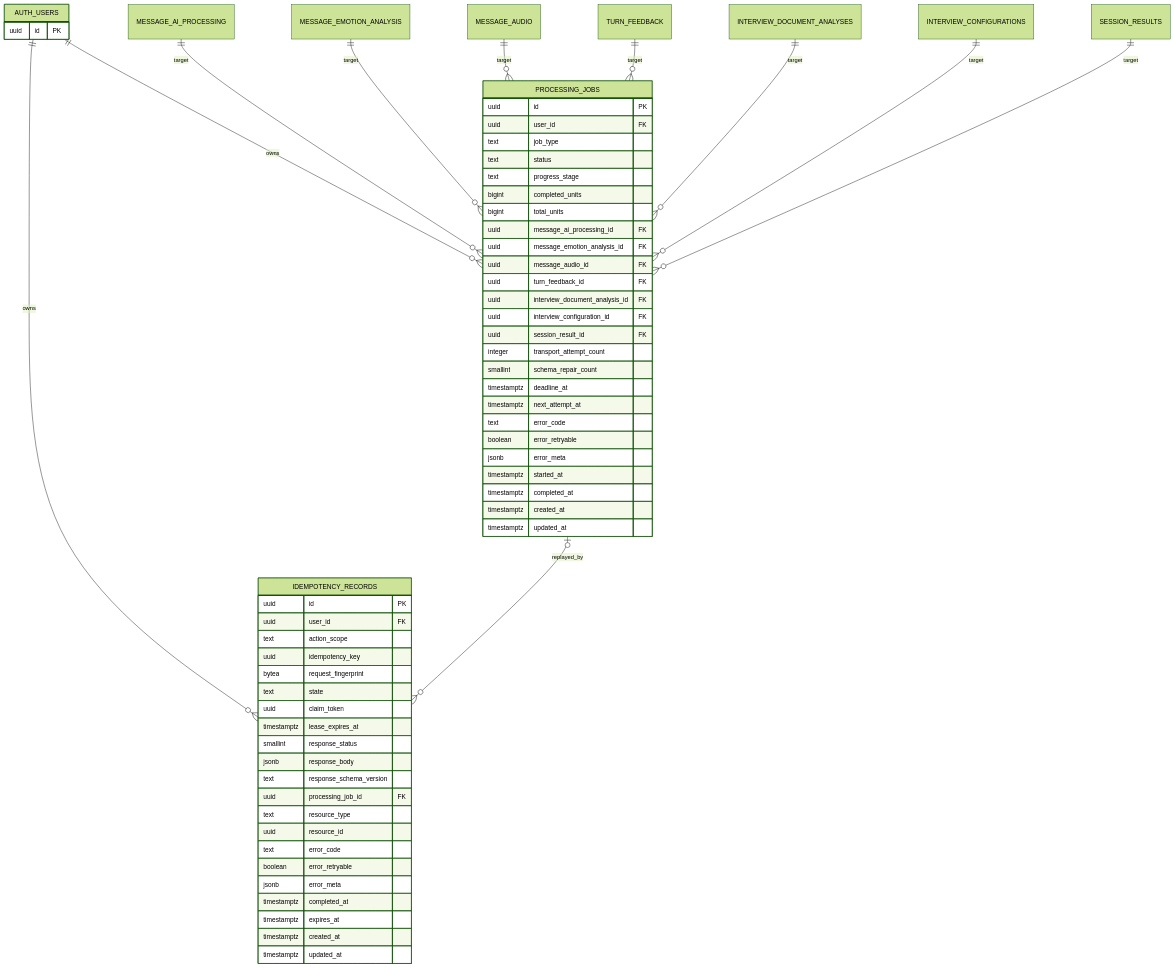
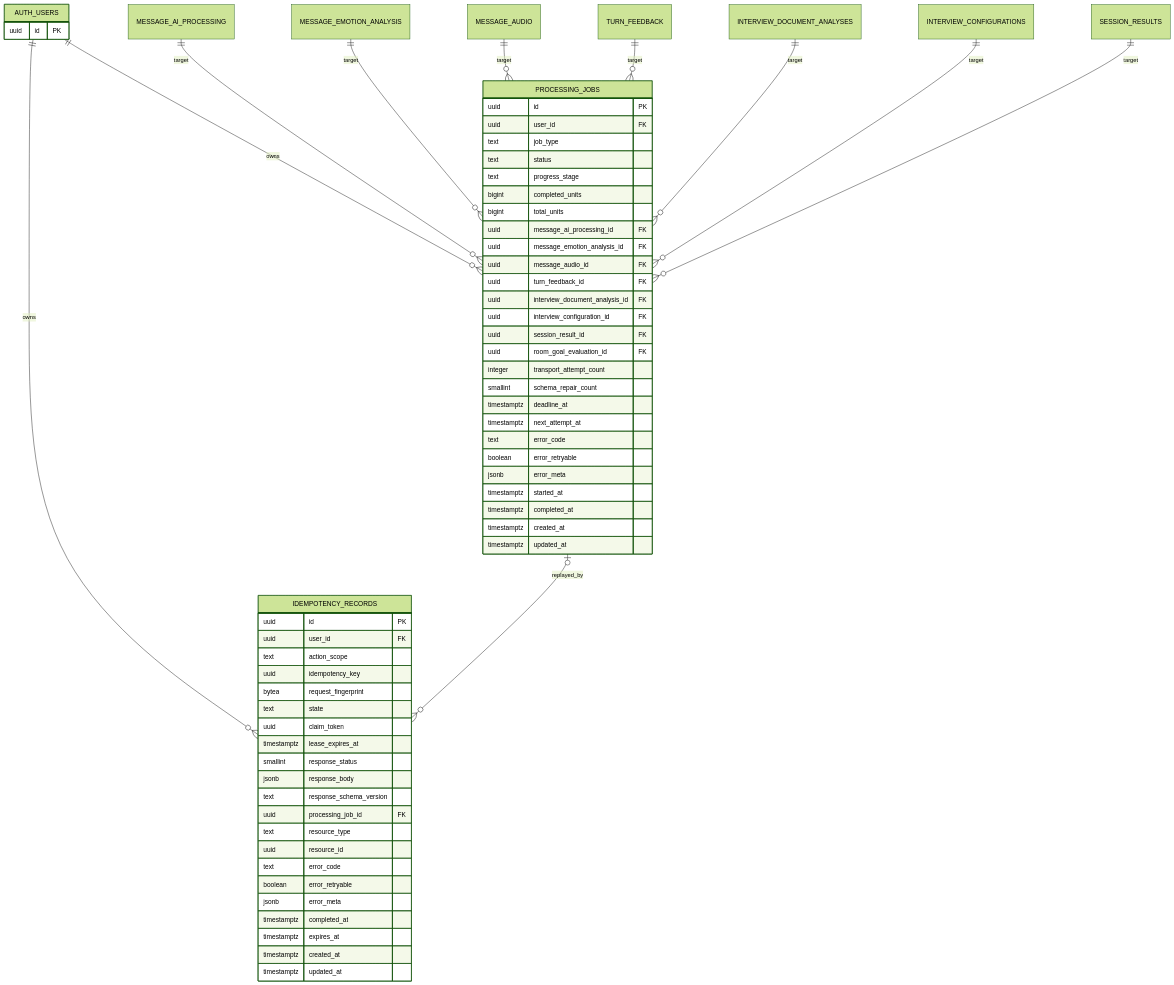
One commit to K-manner-speech/k-manner-speech-advanced-api changed the fourth of 5 diagrams in docs/ERD.md. Above: the diagram before and after it, drawn with Mermaid (forest theme). The commit also changed other lines of this file and 4 other files, not shown here.

````diff
--- a/docs/ERD.md
+++ b/docs/ERD.md
@@ -594,69 +618,70 @@
 ```mermaid
 erDiagram
     AUTH_USERS {
         uuid id PK
     }
 
     PROCESSING_JOBS {
         uuid id PK
         uuid user_id FK
         text job_type
         text status
         text progress_stage
         bigint completed_units
         bigint total_units
         uuid message_ai_processing_id FK
         uuid message_emotion_analysis_id FK
         uuid message_audio_id FK
         uuid turn_feedback_id FK
         uuid interview_document_analysis_id FK
         uuid interview_configuration_id FK
         uuid session_result_id FK
+        uuid room_goal_evaluation_id FK
         integer transport_attempt_count
         smallint schema_repair_count
         timestamptz deadline_at
         timestamptz next_attempt_at
         text error_code
         boolean error_retryable
         jsonb error_meta
         timestamptz started_at
         timestamptz completed_at
         timestamptz created_at
         timestamptz updated_at
     }
 
     IDEMPOTENCY_RECORDS {
         uuid id PK
         uuid user_id FK
         text action_scope
         uuid idempotency_key
         bytea request_fingerprint
         text state
         uuid claim_token
         timestamptz lease_expires_at
         smallint response_status
         jsonb response_body
         text response_schema_version
         uuid processing_job_id FK
         text resource_type
         uuid resource_id
         text error_code
         boolean error_retryable
         jsonb error_meta
         timestamptz completed_at
         timestamptz expires_at
         timestamptz created_at
         timestamptz updated_at
     }
 
     AUTH_USERS ||--o{ PROCESSING_JOBS : owns
     AUTH_USERS ||--o{ IDEMPOTENCY_RECORDS : owns
     PROCESSING_JOBS o|--o{ IDEMPOTENCY_RECORDS : replayed_by
     MESSAGE_AI_PROCESSING ||--o{ PROCESSING_JOBS : target
     MESSAGE_EMOTION_ANALYSIS ||--o{ PROCESSING_JOBS : target
     MESSAGE_AUDIO ||--o{ PROCESSING_JOBS : target
     TURN_FEEDBACK ||--o{ PROCESSING_JOBS : target
     INTERVIEW_DOCUMENT_ANALYSES ||--o{ PROCESSING_JOBS : target
     INTERVIEW_CONFIGURATIONS ||--o{ PROCESSING_JOBS : target
     SESSION_RESULTS ||--o{ PROCESSING_JOBS : target
 ```
````
